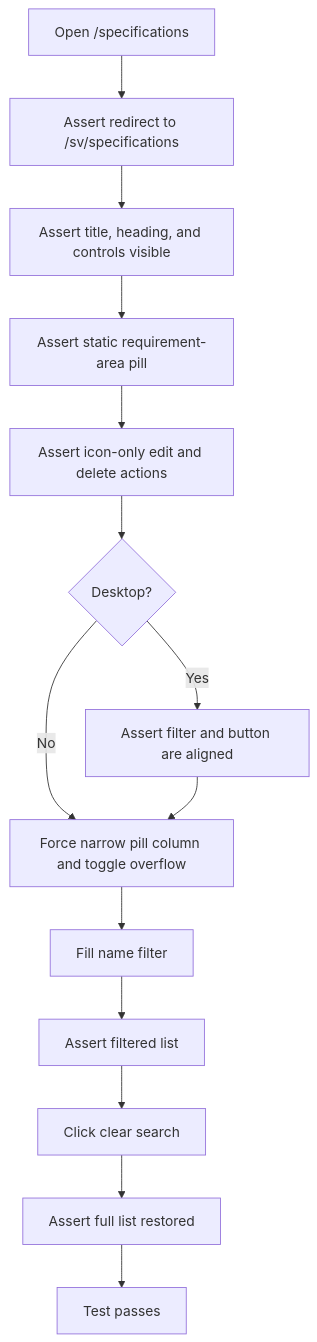
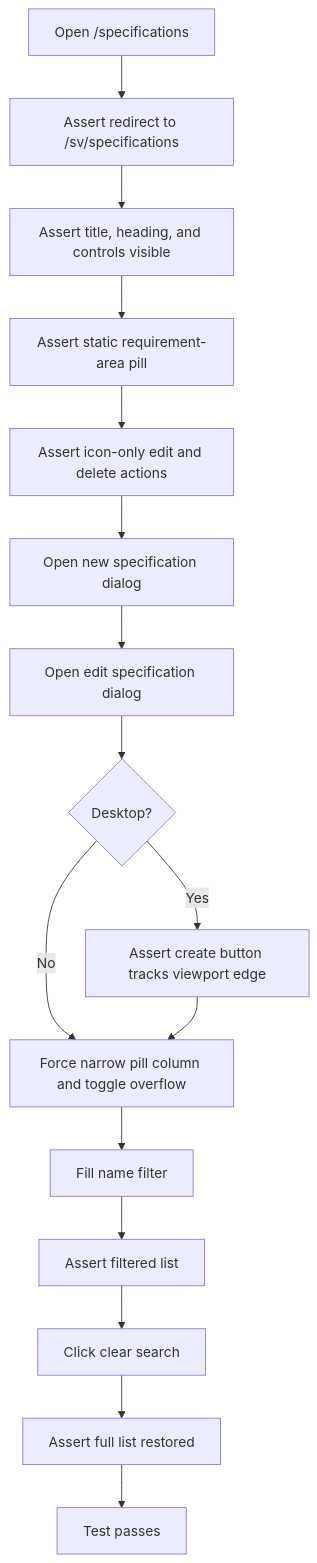
The first of 3 diagrams in tests/integration/specifications-list.md (viscalyx/Kravhantering), drawn with Mermaid before and after one commit. The commit also changed other lines of this file and 351 other files, not shown here.

````diff
--- a/tests/integration/specifications-list.md
+++ b/tests/integration/specifications-list.md
@@ -15,16 +17,18 @@
 ```mermaid
 flowchart TD
     A[Open /specifications] --> A1[Assert redirect to /sv/specifications]
     A1 --> B[Assert title, heading, and controls visible]
     B --> B1[Assert static requirement-area pill]
     B1 --> B2[Assert icon-only edit and delete actions]
-    B2 --> C{Desktop?}
-    C -- Yes --> D[Assert filter and button are aligned]
-    C -- No --> B3[Force narrow pill column and toggle overflow]
-    D --> B3
-    B3 --> E[Fill name filter]
+    B2 --> B3[Open new specification dialog]
+    B3 --> B4[Open edit specification dialog]
+    B4 --> C{Desktop?}
+    C -- Yes --> D[Assert create button tracks viewport edge]
+    C -- No --> B5[Force narrow pill column and toggle overflow]
+    D --> B5
+    B5 --> E[Fill name filter]
     E --> F[Assert filtered list]
     F --> G[Click clear search]
     G --> H[Assert full list restored]
     H --> I[Test passes]
 ```
````
